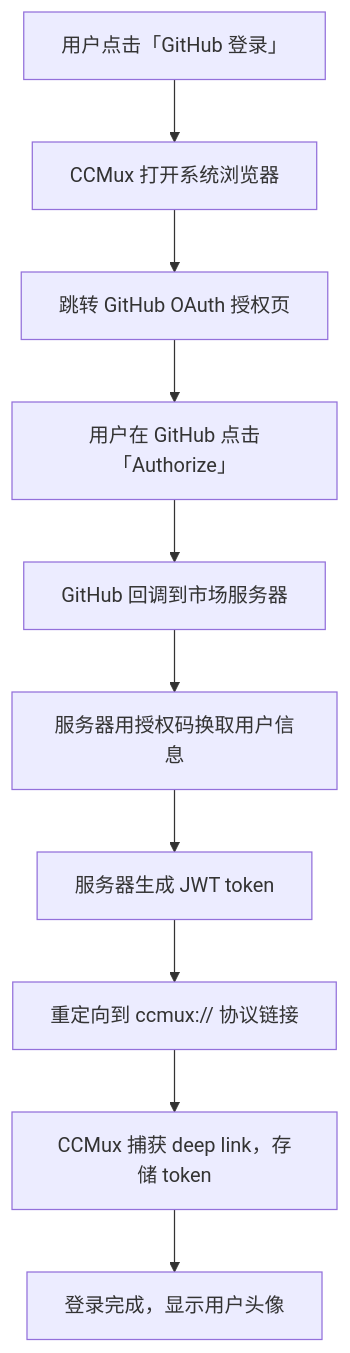
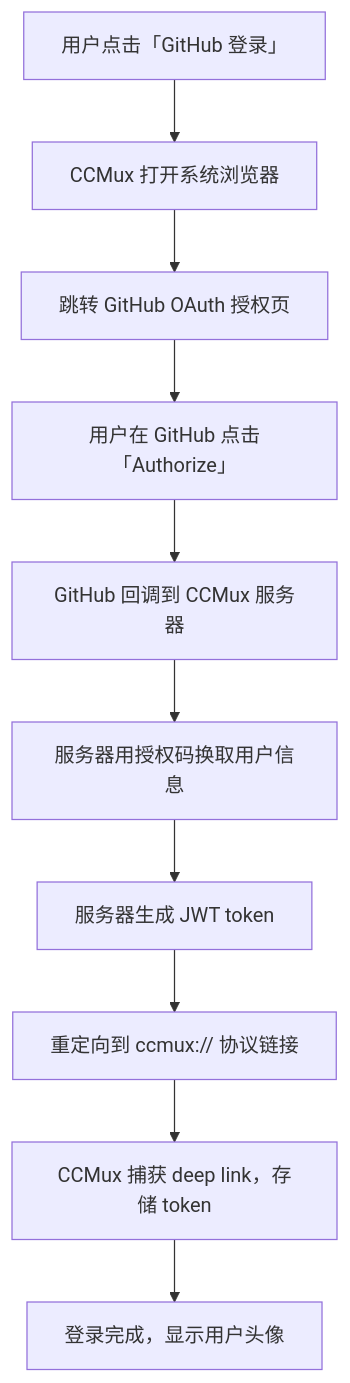
One commit to muxvo/muxvo changed the eighth of 26 diagrams in PRD.md. Above: the diagram before and after it, drawn with Mermaid. The commit also changed other lines of this file, not shown here.

````diff
--- a/PRD.md
+++ b/PRD.md
@@ -394,12 +415,12 @@
 ```mermaid
 flowchart TD
     A[用户点击「GitHub 登录」] --> B[CCMux 打开系统浏览器]
     B --> C[跳转 GitHub OAuth 授权页]
     C --> D[用户在 GitHub 点击「Authorize」]
-    D --> E[GitHub 回调到市场服务器]
+    D --> E[GitHub 回调到 CCMux 服务器]
     E --> F[服务器用授权码换取用户信息]
     F --> G[服务器生成 JWT token]
     G --> H[重定向到 ccmux:// 协议链接]
     H --> I[CCMux 捕获 deep link，存储 token]
     I --> J[登录完成，显示用户头像]
 ```
````
